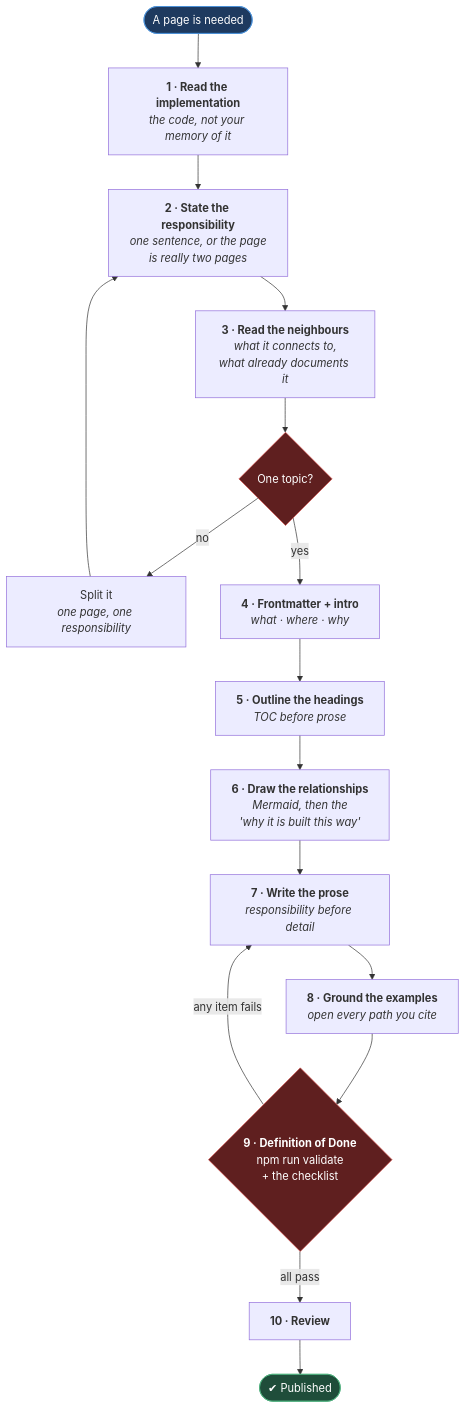
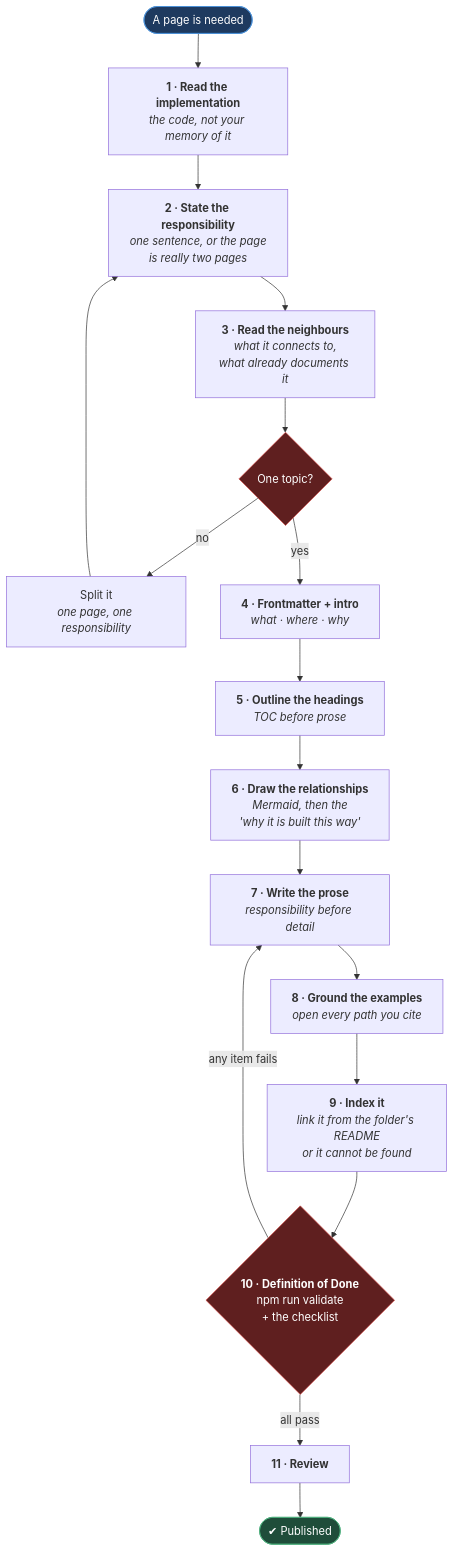
The first of 2 diagrams in docs/DOCUMENTATION_PROMPT_GUIDE.md (sinugotshifhiwa4/playwright-ts-automation-framework-codebase), drawn with Mermaid before and after one commit. The commit also changed other lines of this file and 9 other files, not shown here.

````diff
--- a/docs/DOCUMENTATION_PROMPT_GUIDE.md
+++ b/docs/DOCUMENTATION_PROMPT_GUIDE.md
@@ -73,26 +77,27 @@
 ```mermaid
 flowchart TD
     START(["A page is needed"]) --> R1["<b>1 · Read the implementation</b><br/><i>the code, not your memory of it</i>"]
     R1 --> R2["<b>2 · State the responsibility</b><br/><i>one sentence, or the page<br/>is really two pages</i>"]
     R2 --> R3["<b>3 · Read the neighbours</b><br/><i>what it connects to,<br/>what already documents it</i>"]
 
     R3 --> SPLIT{"One topic?"}
     SPLIT -->|"no"| CARVE["Split it<br/><i>one page, one responsibility</i>"]
     CARVE --> R2
     SPLIT -->|"yes"| W1["<b>4 · Frontmatter + intro</b><br/><i>what · where · why</i>"]
 
     W1 --> W2["<b>5 · Outline the headings</b><br/><i>TOC before prose</i>"]
     W2 --> W3["<b>6 · Draw the relationships</b><br/><i>Mermaid, then the<br/>'why it is built this way'</i>"]
     W3 --> W4["<b>7 · Write the prose</b><br/><i>responsibility before detail</i>"]
     W4 --> W5["<b>8 · Ground the examples</b><br/><i>open every path you cite</i>"]
+    W5 --> W6["<b>9 · Index it</b><br/><i>link it from the folder's README<br/>or it cannot be found</i>"]
 
-    W5 --> V{"<b>9 · Definition of Done</b><br/>npm run validate<br/>+ the checklist"}
+    W6 --> V{"<b>10 · Definition of Done</b><br/>npm run validate<br/>+ the checklist"}
     V -->|"any item fails"| W4
-    V -->|"all pass"| REVIEW["<b>10 · Review</b>"]
+    V -->|"all pass"| REVIEW["<b>11 · Review</b>"]
     REVIEW --> DONE(["✔ Published"])
 
     style START fill:#1e3a5f,stroke:#4a90d9,color:#fff
     style DONE fill:#1f4d3a,stroke:#4caf7d,color:#fff
     style V fill:#5f1f1f,stroke:#d9534f,color:#fff
     style SPLIT fill:#5f1f1f,stroke:#d9534f,color:#fff
 ```
````
